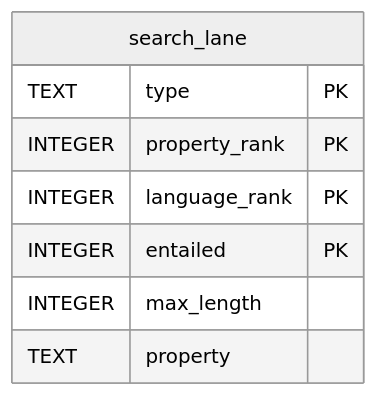
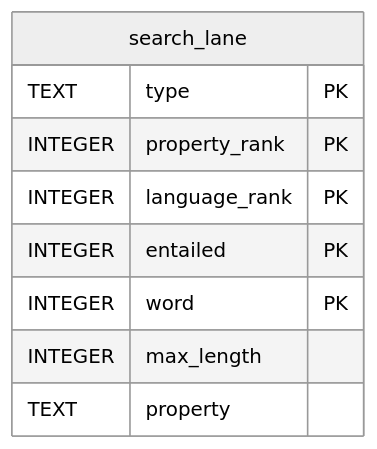
The diagram in docs/schema/derived/search_lane.md (jclerman/browl), drawn with Mermaid (neutral theme) before and after one commit. The commit also changed other lines of this file and 12 other files, not shown here.

````diff
--- a/docs/schema/derived/search_lane.md
+++ b/docs/schema/derived/search_lane.md
@@ -53,13 +56,14 @@
 ```mermaid
 erDiagram
 
 
 "search_lane" {
   TEXT type PK
   INTEGER property_rank PK
   INTEGER language_rank PK
   INTEGER entailed PK
+  INTEGER word PK
   INTEGER max_length
   TEXT property
 }
 ```
````
